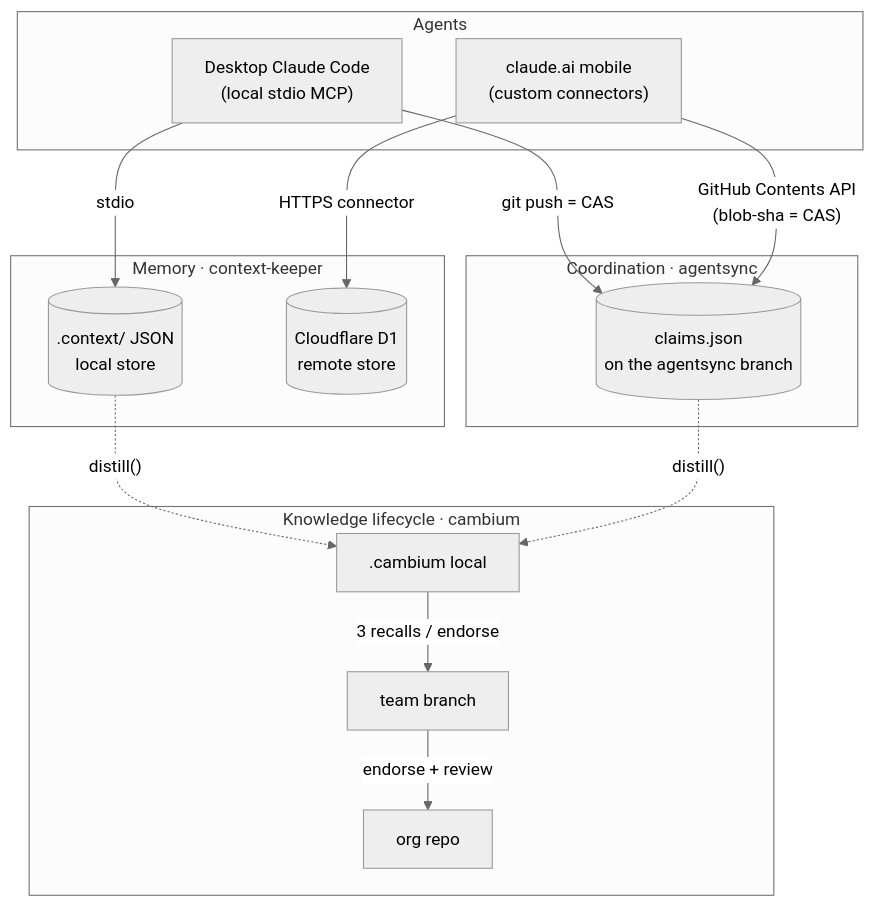
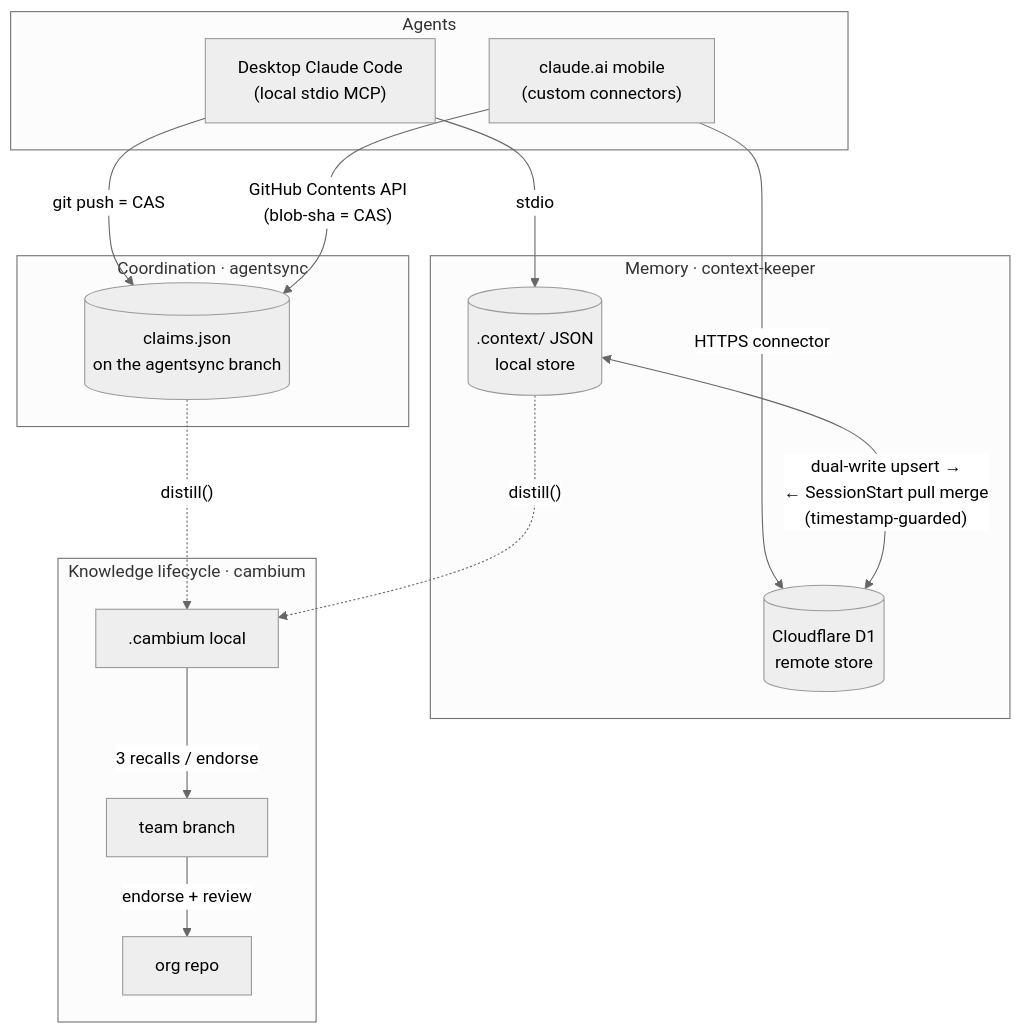
One commit to jarmstrong158/Xylem changed the diagram in README.md. Above: the diagram before and after it, drawn with Mermaid (neutral theme). The commit also changed other lines of this file and 2 other files, not shown here.

````diff
--- a/README.md
+++ b/README.md
@@ -97,31 +97,32 @@
 ```mermaid
 flowchart TB
     subgraph agents[Agents]
       PC["Desktop Claude Code<br/>(local stdio MCP)"]
       MOB["claude.ai mobile<br/>(custom connectors)"]
     end
 
     subgraph coord["Coordination · agentsync"]
       CLAIMS[("claims.json<br/>on the agentsync branch")]
     end
 
     subgraph mem["Memory · context-keeper"]
       LOCAL[(".context/ JSON<br/>local store")]
       D1[("Cloudflare D1<br/>remote store")]
     end
 
     subgraph know["Knowledge lifecycle · cambium"]
       KLOCAL[".cambium local"]
       KTEAM["team branch"]
       KORG["org repo"]
     end
 
     PC -- "git push = CAS" --> CLAIMS
     MOB -- "GitHub Contents API<br/>(blob-sha = CAS)" --> CLAIMS
     PC -- "stdio" --> LOCAL
     MOB -- "HTTPS connector" --> D1
+    LOCAL <-- "dual-write upsert →<br/>← SessionStart pull merge<br/>(timestamp-guarded)" --> D1
     LOCAL -. "distill()" .-> KLOCAL
     CLAIMS -. "distill()" .-> KLOCAL
     KLOCAL -- "3 recalls / endorse" --> KTEAM
     KTEAM -- "endorse + review" --> KORG
 ```
````
